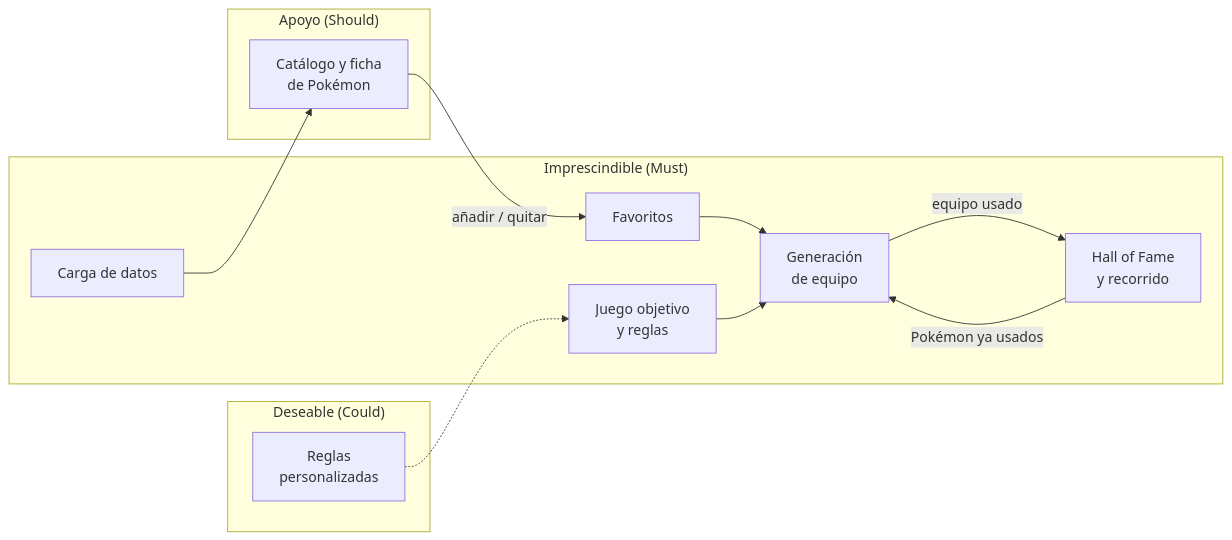
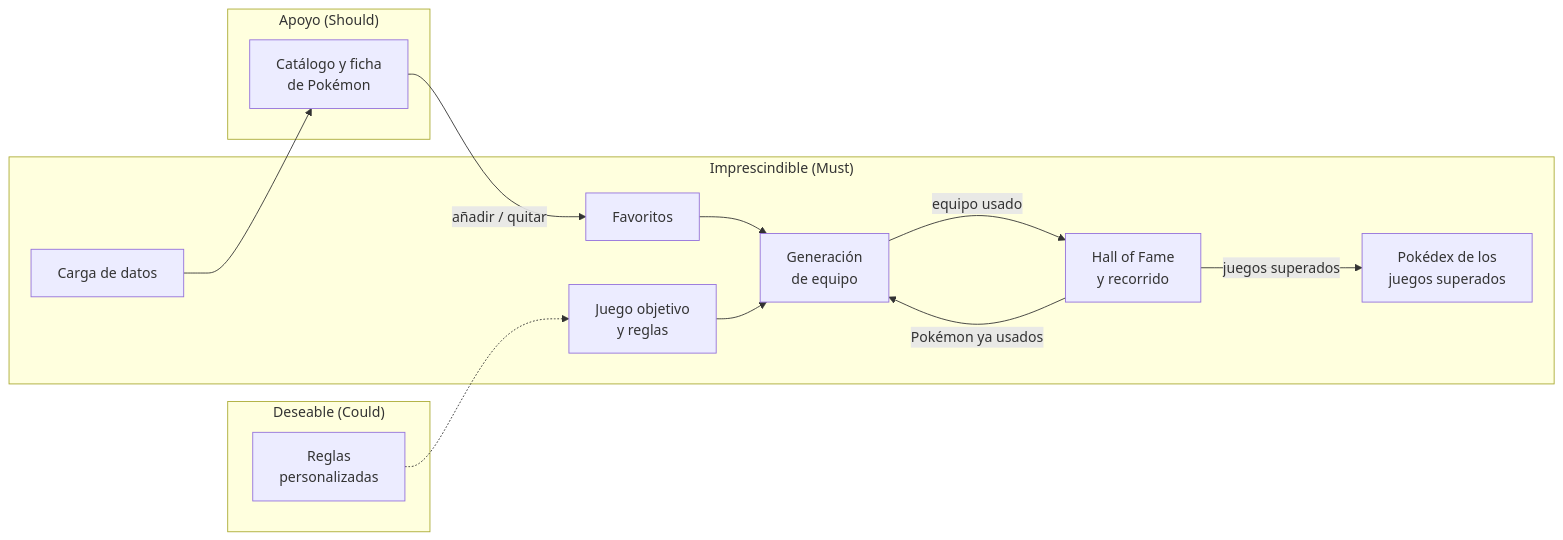
The diagram in docs/01-ddf/index.md (AlbertoMercado/pokemon-team-builder), drawn with Mermaid before and after one commit. The commit also changed other lines of this file and 3 other files, not shown here.

First line of the commit message:
docs: Pokédex de los juegos superados en el DDF (#94)

````diff
--- a/docs/01-ddf/index.md
+++ b/docs/01-ddf/index.md
@@ -93,23 +97,25 @@
 ```mermaid
 flowchart LR
     subgraph must ["Imprescindible (Must)"]
         DAT[Carga de datos]
         FAV[Favoritos]
         REG[Juego objetivo<br/>y reglas]
         GEN[Generación<br/>de equipo]
         HOF[Hall of Fame<br/>y recorrido]
+        POK[Pokédex de los<br/>juegos superados]
     end
     subgraph should ["Apoyo (Should)"]
         CAT[Catálogo y ficha<br/>de Pokémon]
     end
     subgraph could ["Deseable (Could)"]
         PER[Reglas<br/>personalizadas]
     end
     DAT --> CAT
     CAT -- añadir / quitar --> FAV
     FAV --> GEN
     REG --> GEN
     PER -.-> REG
     GEN -- equipo usado --> HOF
     HOF -- Pokémon ya usados --> GEN
+    HOF -- juegos superados --> POK
 ```
````
